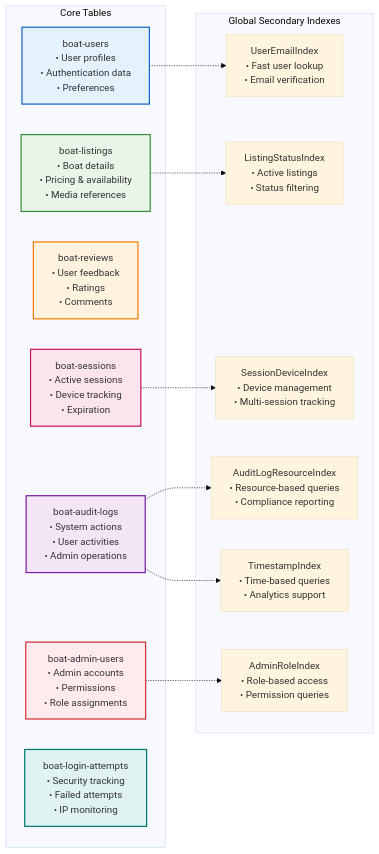
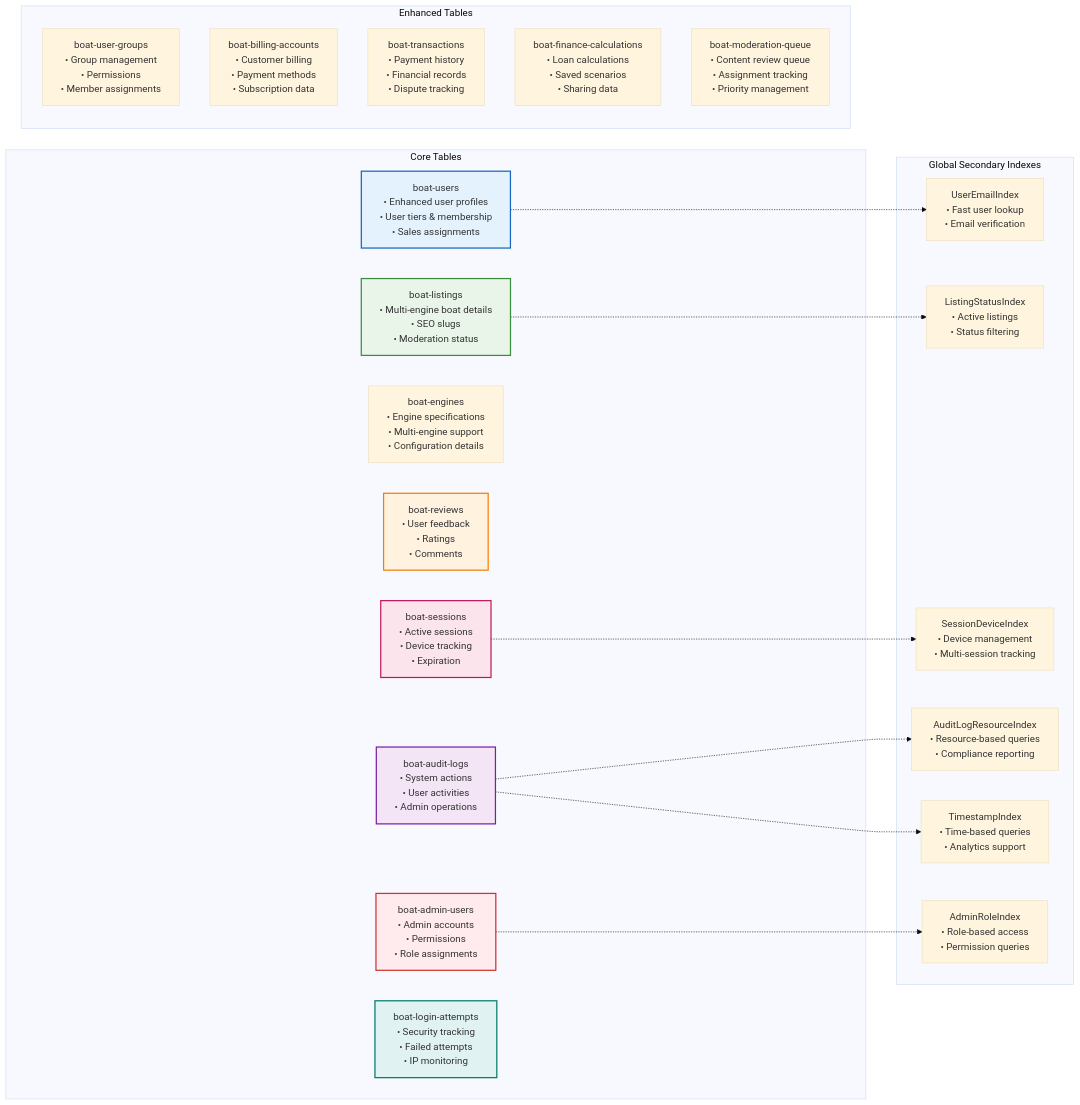
One commit to felixep/harborlist-marketplace changed the ninth of 13 diagrams in docs/architecture/README.md. Above: the diagram before and after it, drawn with Mermaid (base theme). The commit also changed other lines of this file and 121 other files, not shown here.

````diff
--- a/docs/architecture/README.md
+++ b/docs/architecture/README.md
@@ -664,37 +664,46 @@
 ```mermaid
 graph LR
     subgraph "Core Tables"
-        Users[boat-users<br>• User profiles<br>• Authentication data<br>• Preferences]
-        Listings[boat-listings<br>• Boat details<br>• Pricing & availability<br>• Media references]
+        Users[boat-users<br>• Enhanced user profiles<br>• User tiers & membership<br>• Sales assignments]
+        Listings[boat-listings<br>• Multi-engine boat details<br>• SEO slugs<br>• Moderation status]
+        Engines[boat-engines<br>• Engine specifications<br>• Multi-engine support<br>• Configuration details]
         Reviews[boat-reviews<br>• User feedback<br>• Ratings<br>• Comments]
         Sessions[boat-sessions<br>• Active sessions<br>• Device tracking<br>• Expiration]
         AuditLogs[boat-audit-logs<br>• System actions<br>• User activities<br>• Admin operations]
         AdminUsers[boat-admin-users<br>• Admin accounts<br>• Permissions<br>• Role assignments]
         LoginAttempts[boat-login-attempts<br>• Security tracking<br>• Failed attempts<br>• IP monitoring]
+    end
+    
+    subgraph "Enhanced Tables"
+        UserGroups[boat-user-groups<br>• Group management<br>• Permissions<br>• Member assignments]
+        BillingAccounts[boat-billing-accounts<br>• Customer billing<br>• Payment methods<br>• Subscription data]
+        Transactions[boat-transactions<br>• Payment history<br>• Financial records<br>• Dispute tracking]
+        FinanceCalculations[boat-finance-calculations<br>• Loan calculations<br>• Saved scenarios<br>• Sharing data]
+        ModerationQueue[boat-moderation-queue<br>• Content review queue<br>• Assignment tracking<br>• Priority management]
     end
     
     subgraph "Global Secondary Indexes"
         UserEmail[UserEmailIndex<br>• Fast user lookup<br>• Email verification]
         ListingStatus[ListingStatusIndex<br>• Active listings<br>• Status filtering]
         SessionDevice[SessionDeviceIndex<br>• Device management<br>• Multi-session tracking]
         AuditResource[AuditLogResourceIndex<br>• Resource-based queries<br>• Compliance reporting]
         AdminRole[AdminRoleIndex<br>• Role-based access<br>• Permission queries]
         Timestamp[TimestampIndex<br>• Time-based queries<br>• Analytics support]
     end
     
     %% Relationships
     Users -.-> UserEmail
     Listings -.-> ListingStatus
     Sessions -.-> SessionDevice
     AuditLogs -.-> AuditResource
     AdminUsers -.-> AdminRole
     AuditLogs -.-> Timestamp
     
     style Users fill:#e3f2fd,stroke:#1565c0,stroke-width:2px
     style Listings fill:#e8f5e8,stroke:#388e3c,stroke-width:2px
     style Reviews fill:#fff3e0,stroke:#f57c00,stroke-width:2px
     style Sessions fill:#fce4ec,stroke:#c2185b,stroke-width:2px
     style AuditLogs fill:#f3e5f5,stroke:#7b1fa2,stroke-width:2px
     style AdminUsers fill:#ffebee,stroke:#d32f2f,stroke-width:2px
     style LoginAttempts fill:#e0f2f1,stroke:#00796b,stroke-width:2px
 ```
````
